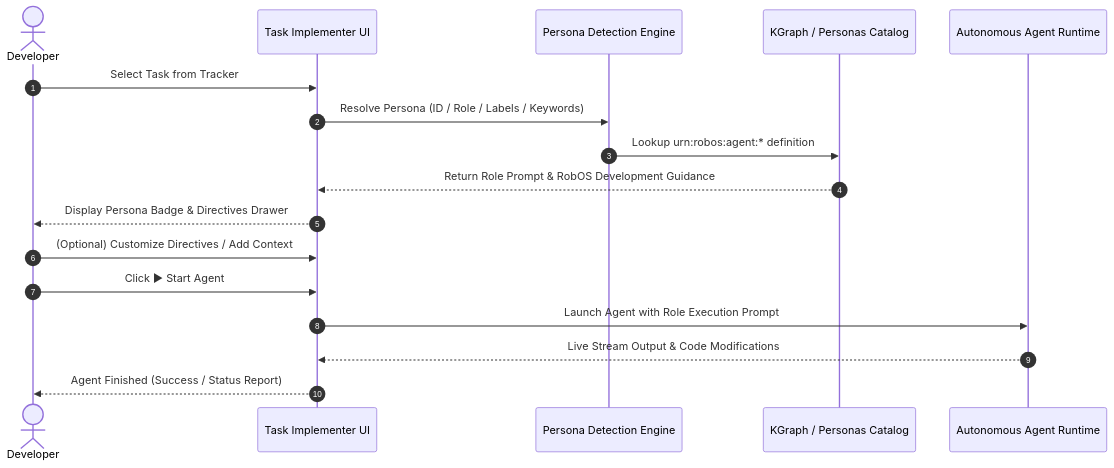
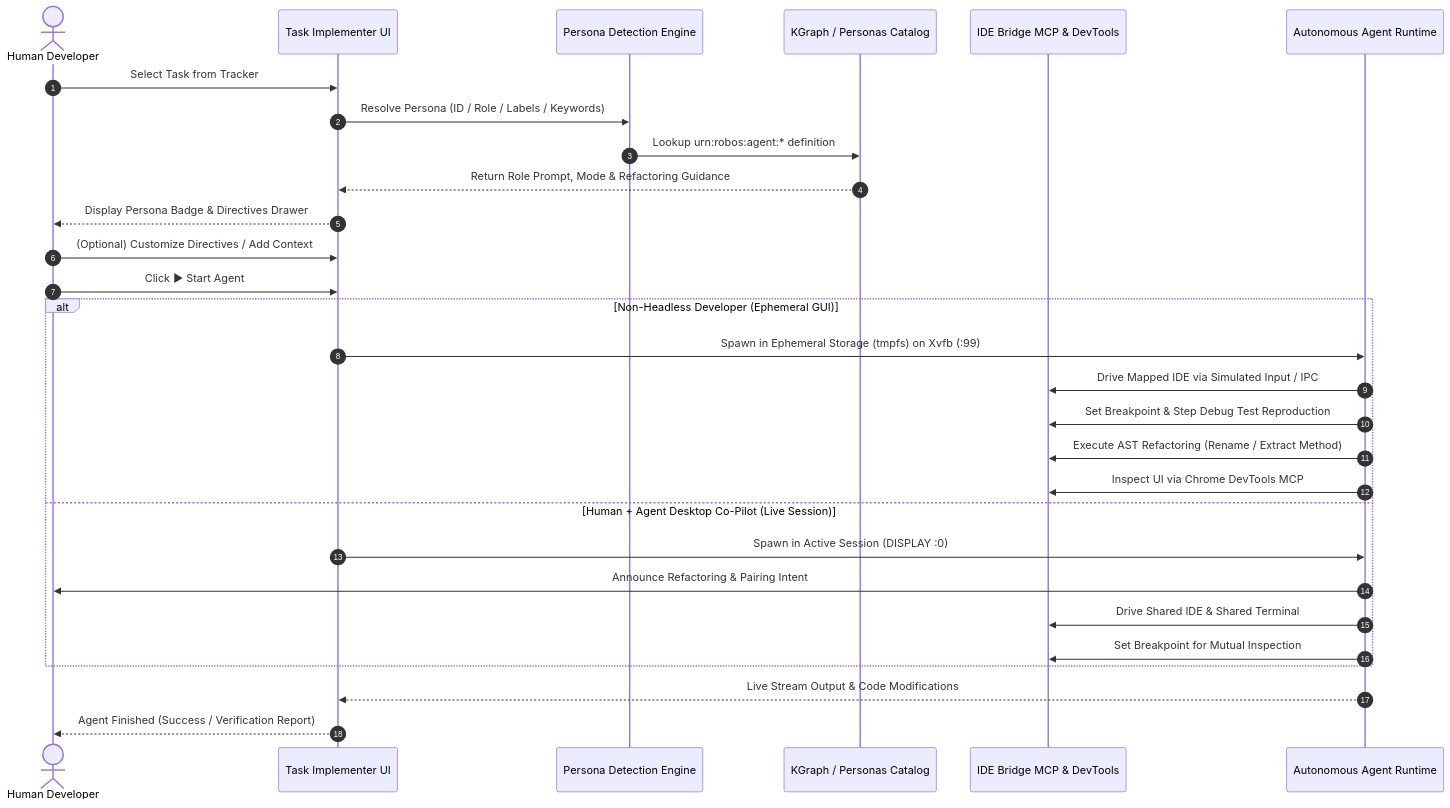
The diagram in docs/_apps/task-implementer.md (nddipiazza/robos), drawn with Mermaid before and after one commit. The commit also changed other lines of this file and 19 other files, not shown here.

Commit message:
feat: add non-headless developer, human+agent desktop co-pilot roles and ide refactoring suite

````diff
--- a/docs/_apps/task-implementer.md
+++ b/docs/_apps/task-implementer.md
@@ -20,20 +56,34 @@
 ```mermaid
 sequenceDiagram
     autonumber
-    actor Dev as Developer
+    actor Dev as Human Developer
     participant UI as Task Implementer UI
     participant Heuristic as Persona Detection Engine
     participant Store as KGraph / Personas Catalog
+    participant Bridge as IDE Bridge MCP & DevTools
     participant Agent as Autonomous Agent Runtime
 
     Dev->>UI: Select Task from Tracker
     UI->>Heuristic: Resolve Persona (ID / Role / Labels / Keywords)
     Heuristic->>Store: Lookup urn:robos:agent:* definition
-    Store-->>UI: Return Role Prompt & RobOS Development Guidance
+    Store-->>UI: Return Role Prompt, Mode & Refactoring Guidance
     UI-->>Dev: Display Persona Badge & Directives Drawer
     Dev->>UI: (Optional) Customize Directives / Add Context
     Dev->>UI: Click ▶ Start Agent
-    UI->>Agent: Launch Agent with Role Execution Prompt
+
+    alt Non-Headless Developer (Ephemeral GUI)
+        UI->>Agent: Spawn in Ephemeral Storage (tmpfs) on Xvfb (:99)
+        Agent->>Bridge: Drive Mapped IDE via Simulated Input / IPC
+        Agent->>Bridge: Set Breakpoint & Step Debug Test Reproduction
+        Agent->>Bridge: Execute AST Refactoring (Rename / Extract Method)
+        Agent->>Bridge: Inspect UI via Chrome DevTools MCP
+    else Human + Agent Desktop Co-Pilot (Live Session)
+        UI->>Agent: Spawn in Active Session (DISPLAY :0)
+        Agent->>Dev: Announce Refactoring & Pairing Intent
+        Agent->>Bridge: Drive Shared IDE & Shared Terminal
+        Agent->>Bridge: Set Breakpoint for Mutual Inspection
+    end
+
     Agent-->>UI: Live Stream Output & Code Modifications
-    UI-->>Dev: Agent Finished (Success / Status Report)
+    UI-->>Dev: Agent Finished (Success / Verification Report)
 ```
````
